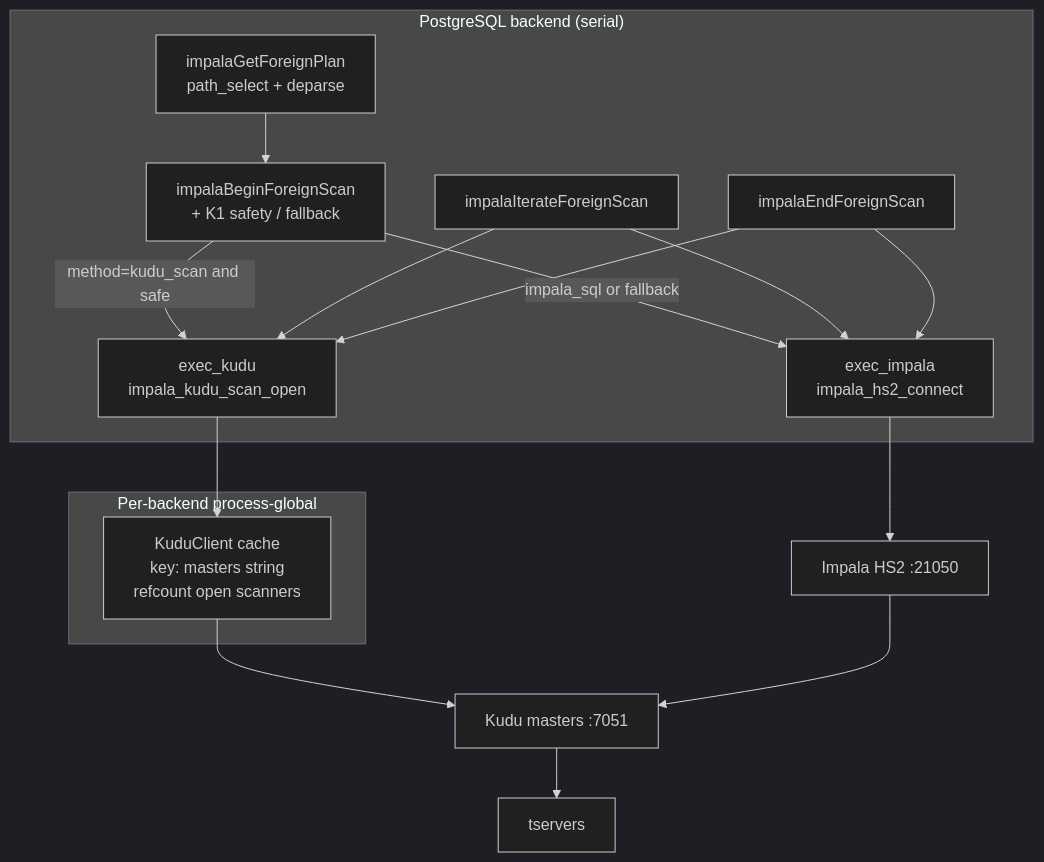
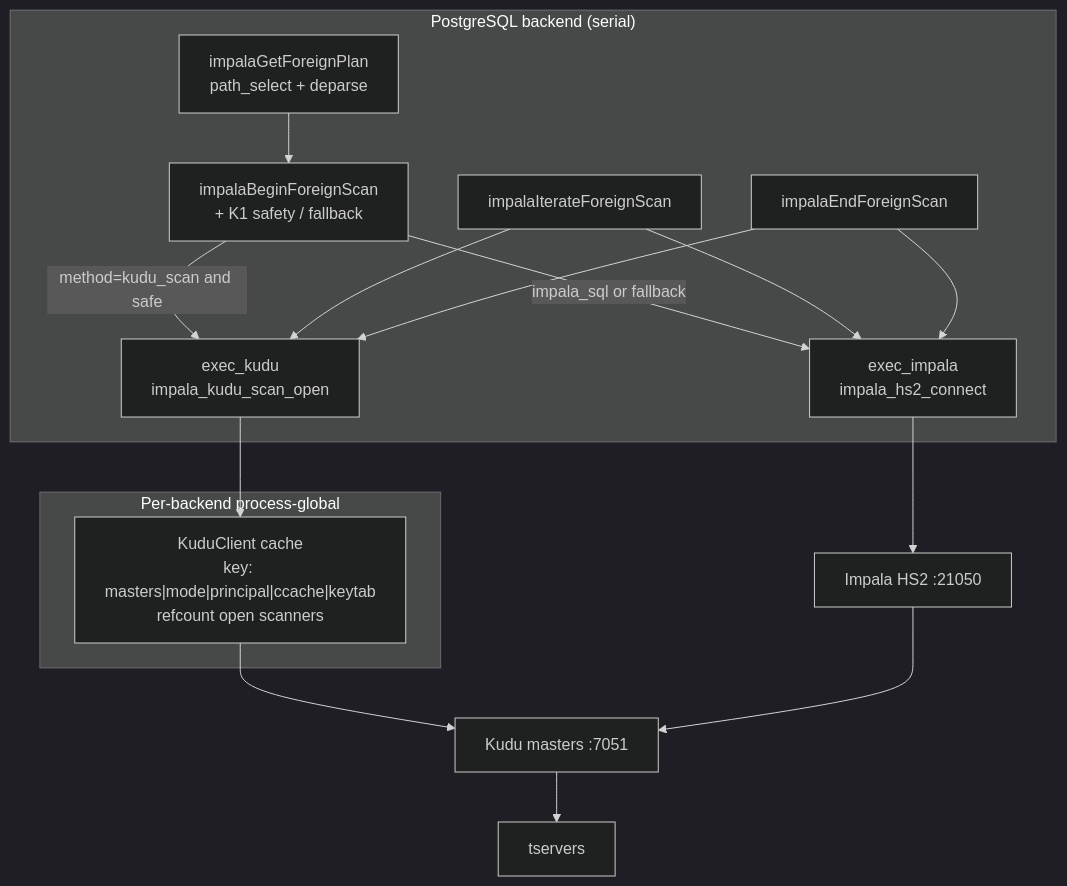
The first of 3 diagrams in docs/kudu_scan.md (weathership/impala_fdw), drawn with Mermaid (dark theme) before and after one commit. The commit also changed other lines of this file and 4 other files, not shown here.

First line of the commit message:
impala_fdw: Kerberos client path for kudu_scan (PR-K5b/K5c)

````diff
--- a/docs/kudu_scan.md
+++ b/docs/kudu_scan.md
@@ -155,26 +155,26 @@
 ```mermaid
 flowchart TB
   subgraph PG["PostgreSQL backend (serial)"]
     Plan["impalaGetForeignPlan\npath_select + deparse"]
     Begin["impalaBeginForeignScan\n+ K1 safety / fallback"]
     Iter["impalaIterateForeignScan"]
     End["impalaEndForeignScan"]
     Plan --> Begin
     Begin -->|method=kudu_scan and safe| EK["exec_kudu\nimpala_kudu_scan_open"]
     Begin -->|impala_sql or fallback| EI["exec_impala\nimpala_hs2_connect"]
     Iter --> EK
     Iter --> EI
     End --> EK
     End --> EI
   end
 
   subgraph Cache["Per-backend process-global"]
-    CC["KuduClient cache\nkey: masters string\nrefcount open scanners"]
+    CC["KuduClient cache\nkey: masters|mode|principal|ccache|keytab\nrefcount open scanners"]
   end
 
   EK --> CC
   CC --> Masters["Kudu masters :7051"]
   Masters --> TS["tservers"]
   EI --> HS2["Impala HS2 :21050"]
   HS2 --> Masters
 ```
````
